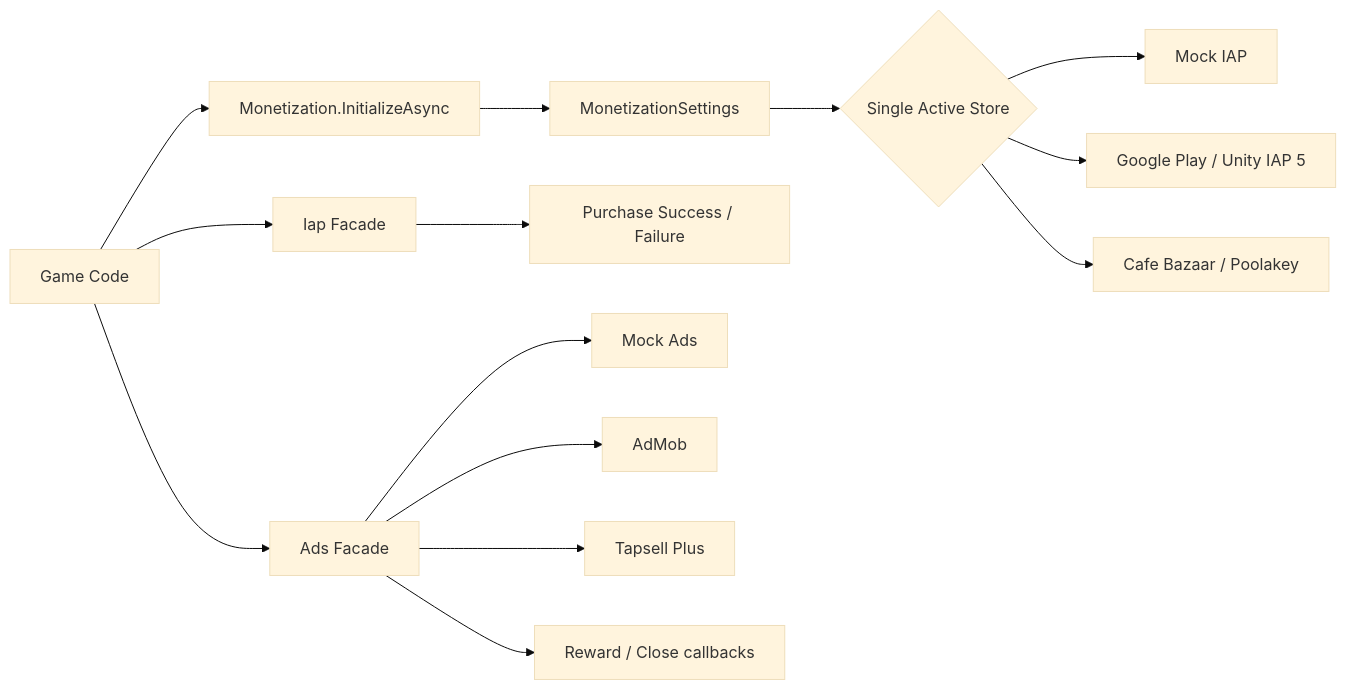
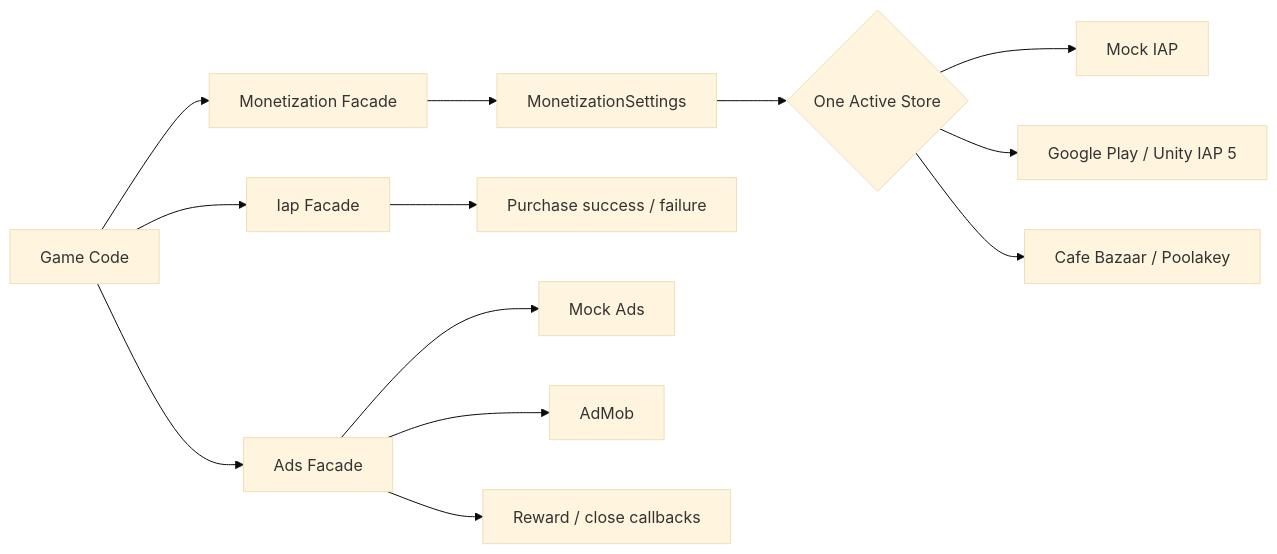
One commit to AminHasanloo/UnityMonetizationFramework changed the diagram in README.md. Above: the diagram before and after it, drawn with Mermaid (base theme). The commit also changed other lines of this file, not shown here.

Commit message:
docs: finalize accurate v2 README and future roadmap

````diff
--- a/README.md
+++ b/README.md
@@ -66,20 +69,19 @@
 ```mermaid
 flowchart LR
-    Game[Game Code] --> M[Monetization.InitializeAsync]
-    Game --> I[Iap Facade]
-    Game --> A[Ads Facade]
+    G[Game Code] --> M[Monetization Facade]
+    G --> I[Iap Facade]
+    G --> A[Ads Facade]
 
     M --> S[MonetizationSettings]
-    S --> Router{Single Active Store}
+    S --> R{One Active Store}
 
-    Router --> MockIAP[Mock IAP]
-    Router --> GP[Google Play / Unity IAP 5]
-    Router --> Bazaar[Cafe Bazaar / Poolakey]
+    R --> Mock[Mock IAP]
+    R --> GP[Google Play / Unity IAP 5]
+    R --> BZ[Cafe Bazaar / Poolakey]
 
-    A --> MockAds[Mock Ads]
-    A --> AdMob[AdMob]
-    A --> Tapsell[Tapsell Plus]
+    A --> MA[Mock Ads]
+    A --> AM[AdMob]
 
-    I --> Events[Purchase Success / Failure]
-    A --> Reward[Reward / Close callbacks]
+    I --> E[Purchase success / failure]
+    A --> C[Reward / close callbacks]
 ```
````
